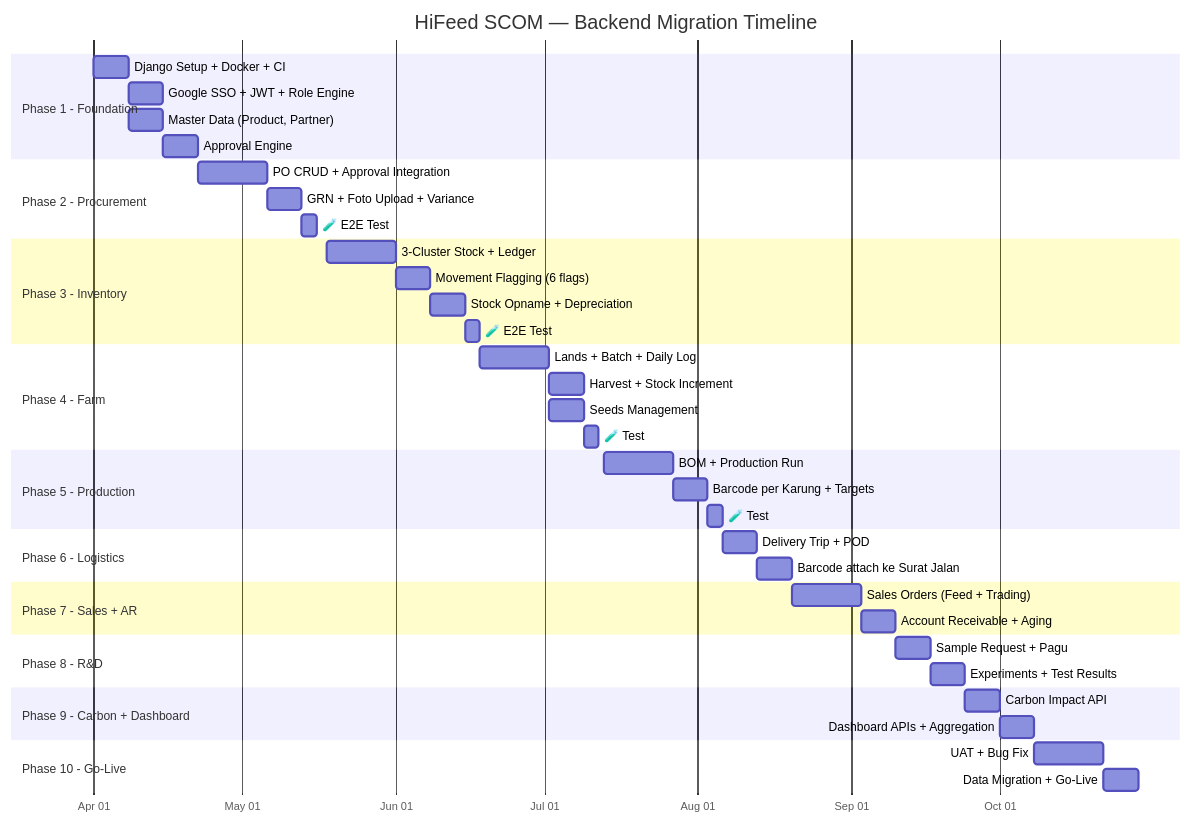
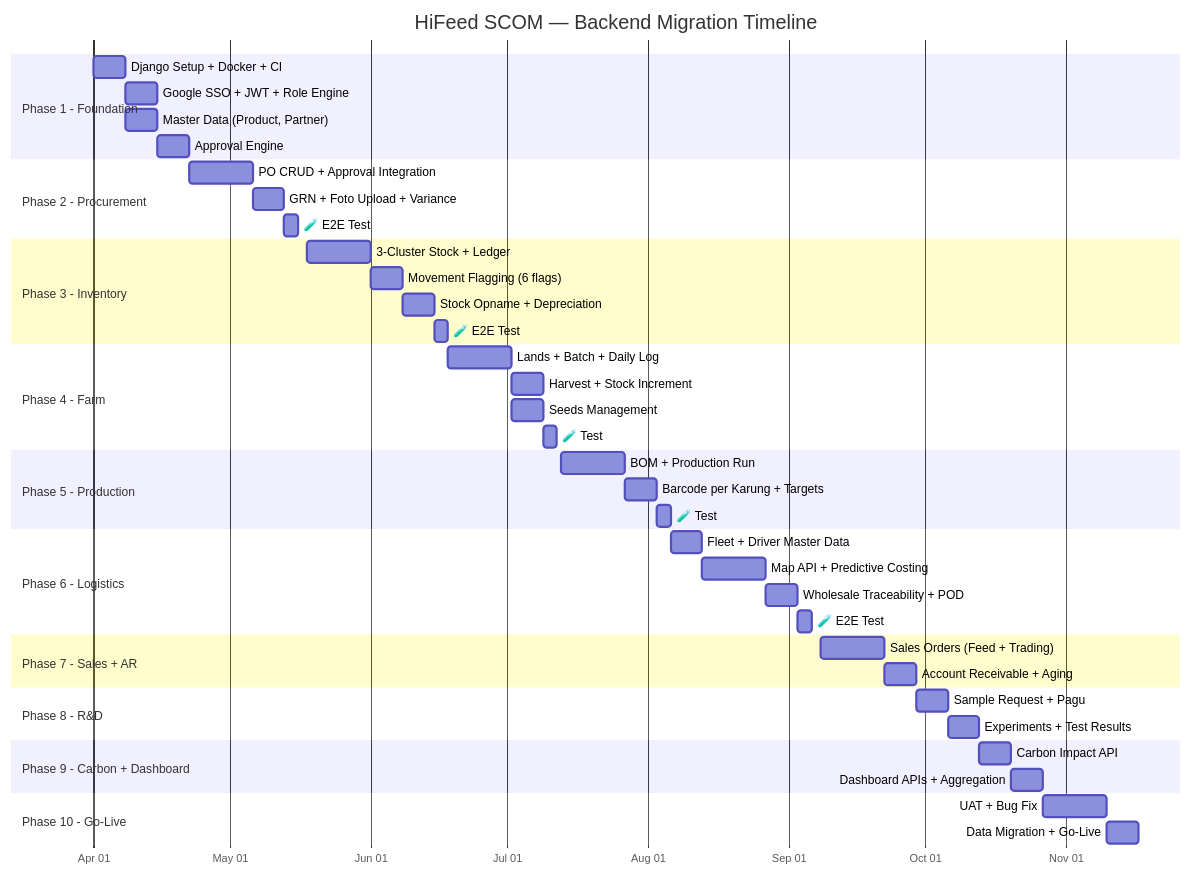
Before and after one commit to fendi-hifeed/internal-hifeed-inventory-system: the second of 3 diagrams in PLANNING-HiFeed-SCOM-v3.md, drawn with Mermaid. The commit also changed other lines of this file and 7 other files, not shown here.

Commit message:
feat: introduce new logistics pages for drivers, fleet, and scan, and enhance trip creation with vehicle/driver selection, route details, and predictive costing.

````diff
--- a/PLANNING-HiFeed-SCOM-v3.md
+++ b/PLANNING-HiFeed-SCOM-v3.md
@@ -45,54 +45,56 @@
 ```mermaid
 gantt
     title HiFeed SCOM — Backend Migration Timeline
     dateFormat YYYY-MM-DD
     axisFormat %b %d
 
     section Phase 1 - Foundation
     Django Setup + Docker + CI       :p1a, 2026-04-01, 1w
     Google SSO + JWT + Role Engine   :p1b, 2026-04-08, 1w
     Master Data (Product, Partner)   :p1c, 2026-04-08, 1w
     Approval Engine                  :p1d, 2026-04-15, 1w
 
     section Phase 2 - Procurement
     PO CRUD + Approval Integration   :p2a, 2026-04-22, 2w
     GRN + Foto Upload + Variance     :p2b, 2026-05-06, 1w
     🧪 E2E Test: PO → GRN           :p2t, 2026-05-13, 3d
 
     section Phase 3 - Inventory
     3-Cluster Stock + Ledger         :p3a, 2026-05-18, 2w
     Movement Flagging (6 flags)      :p3b, 2026-06-01, 1w
     Stock Opname + Depreciation      :p3c, 2026-06-08, 1w
     🧪 E2E Test: PO → GRN → Stock   :p3t, 2026-06-15, 3d
 
     section Phase 4 - Farm
     Lands + Batch + Daily Log        :p4a, 2026-06-18, 2w
     Harvest + Stock Increment        :p4b, 2026-07-02, 1w
     Seeds Management                 :p4c, 2026-07-02, 1w
     🧪 Test: Batch → Harvest → Stock :p4t, 2026-07-09, 3d
 
     section Phase 5 - Production
     BOM + Production Run             :p5a, 2026-07-13, 2w
     Barcode per Karung + Targets     :p5b, 2026-07-27, 1w
     🧪 Test: RM → Produksi → FG     :p5t, 2026-08-03, 3d
 
     section Phase 6 - Logistics
-    Delivery Trip + POD              :p6a, 2026-08-06, 1w
-    Barcode attach ke Surat Jalan    :p6b, 2026-08-13, 1w
+    Fleet + Driver Master Data       :p6a, 2026-08-06, 1w
+    Map API + Predictive Costing     :p6b, 2026-08-13, 2w
+    Wholesale Traceability + POD     :p6c, 2026-08-27, 1w
+    🧪 E2E Test: Full Logistics      :p6t, 2026-09-03, 3d
 
     section Phase 7 - Sales + AR
-    Sales Orders (Feed + Trading)    :p7a, 2026-08-20, 2w
-    Account Receivable + Aging       :p7b, 2026-09-03, 1w
+    Sales Orders (Feed + Trading)    :p7a, 2026-09-08, 2w
+    Account Receivable + Aging       :p7b, 2026-09-22, 1w
 
     section Phase 8 - R&D
-    Sample Request + Pagu            :p8a, 2026-09-10, 1w
-    Experiments + Test Results       :p8b, 2026-09-17, 1w
+    Sample Request + Pagu            :p8a, 2026-09-29, 1w
+    Experiments + Test Results       :p8b, 2026-10-06, 1w
 
     section Phase 9 - Carbon + Dashboard
-    Carbon Impact API                :p9a, 2026-09-24, 1w
-    Dashboard APIs + Aggregation     :p9b, 2026-10-01, 1w
+    Carbon Impact API                :p9a, 2026-10-13, 1w
+    Dashboard APIs + Aggregation     :p9b, 2026-10-20, 1w
 
     section Phase 10 - Go-Live
-    UAT + Bug Fix                    :p10a, 2026-10-08, 2w
-    Data Migration + Go-Live         :p10b, 2026-10-22, 1w
+    UAT + Bug Fix                    :p10a, 2026-10-27, 2w
+    Data Migration + Go-Live         :p10b, 2026-11-10, 1w
 ```
````
